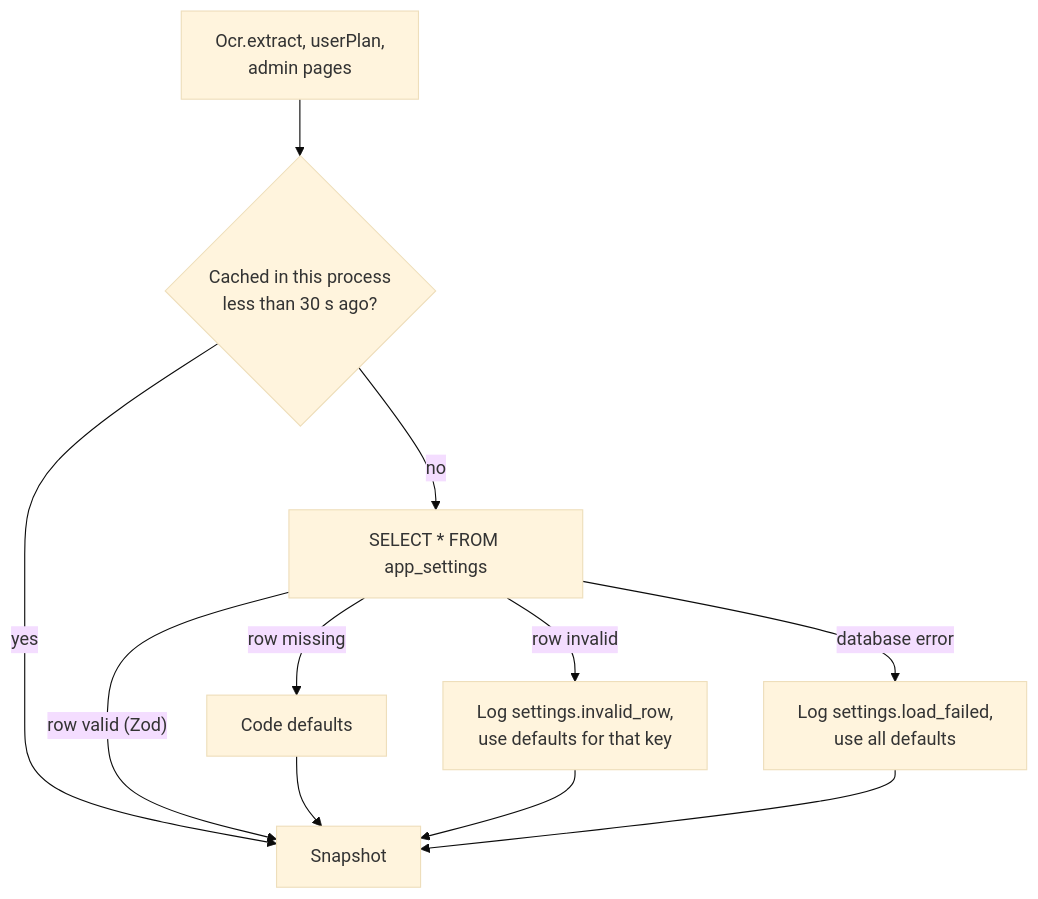
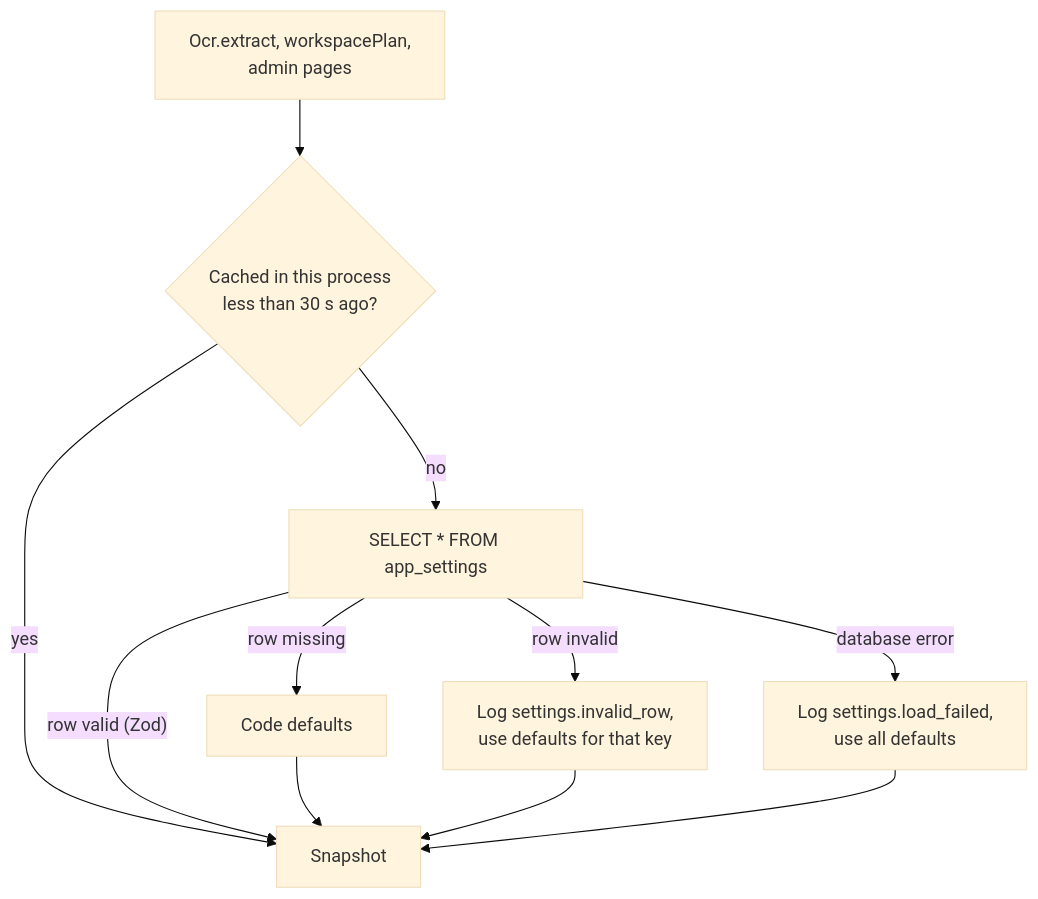
The first of 2 diagrams in docs/architecture/flows/settings-cache.md (bhimrazy/receipt-ocr-app), drawn with Mermaid (base theme) before and after one commit. The commit also changed other lines of this file and 10 other files, not shown here.

First line of the commit message:
docs: billing flow, plans and limits table, Paddle setup and decisions

````diff
--- a/docs/architecture/flows/settings-cache.md
+++ b/docs/architecture/flows/settings-cache.md
@@ -15,13 +15,13 @@
 ```mermaid
 flowchart TD
-  caller["Ocr.extract, userPlan,<br/>admin pages"] --> cache{"Cached in this process<br/>less than 30 s ago?"}
+  caller["Ocr.extract, workspacePlan,<br/>admin pages"] --> cache{"Cached in this process<br/>less than 30 s ago?"}
   cache -- yes --> value[Snapshot]
   cache -- no --> load[SELECT * FROM app_settings]
   load -- "row valid (Zod)" --> value
   load -- "row missing" --> defaults[Code defaults]
   load -- "row invalid" --> warn["Log settings.invalid_row,<br/>use defaults for that key"]
   load -- "database error" --> err["Log settings.load_failed,<br/>use all defaults"]
   defaults --> value
   warn --> value
   err --> value
 ```
````
